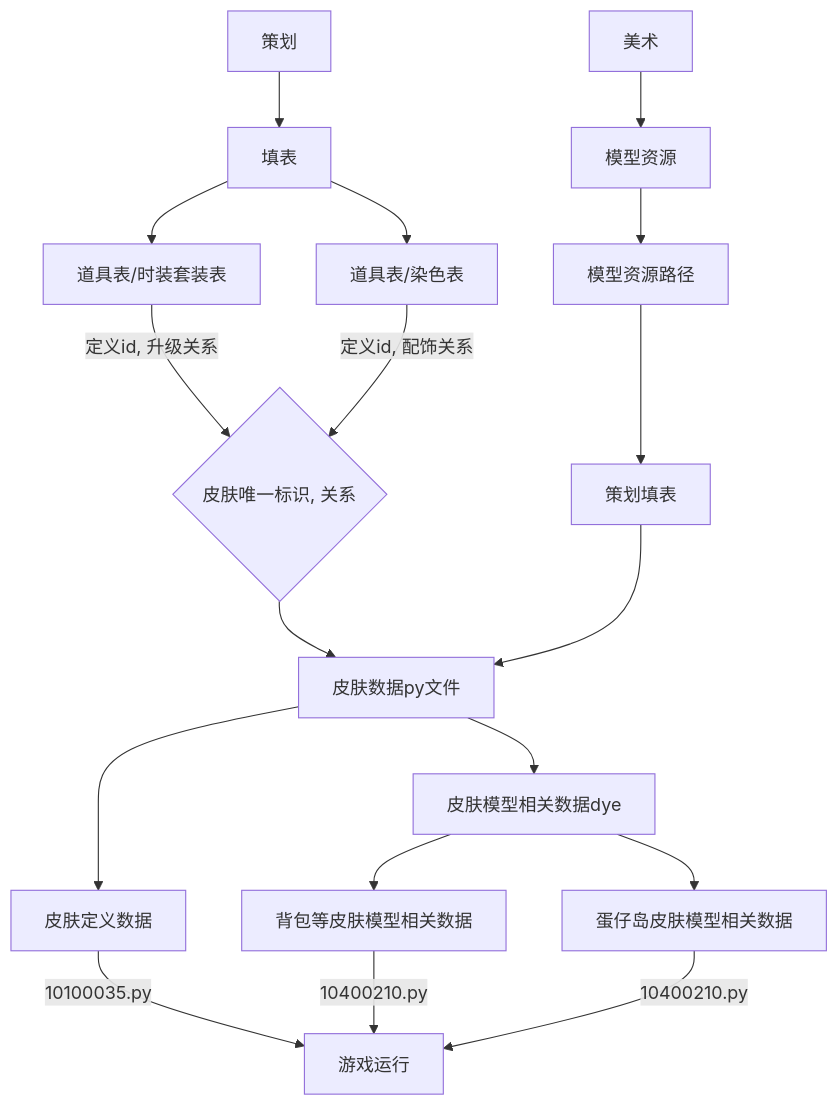
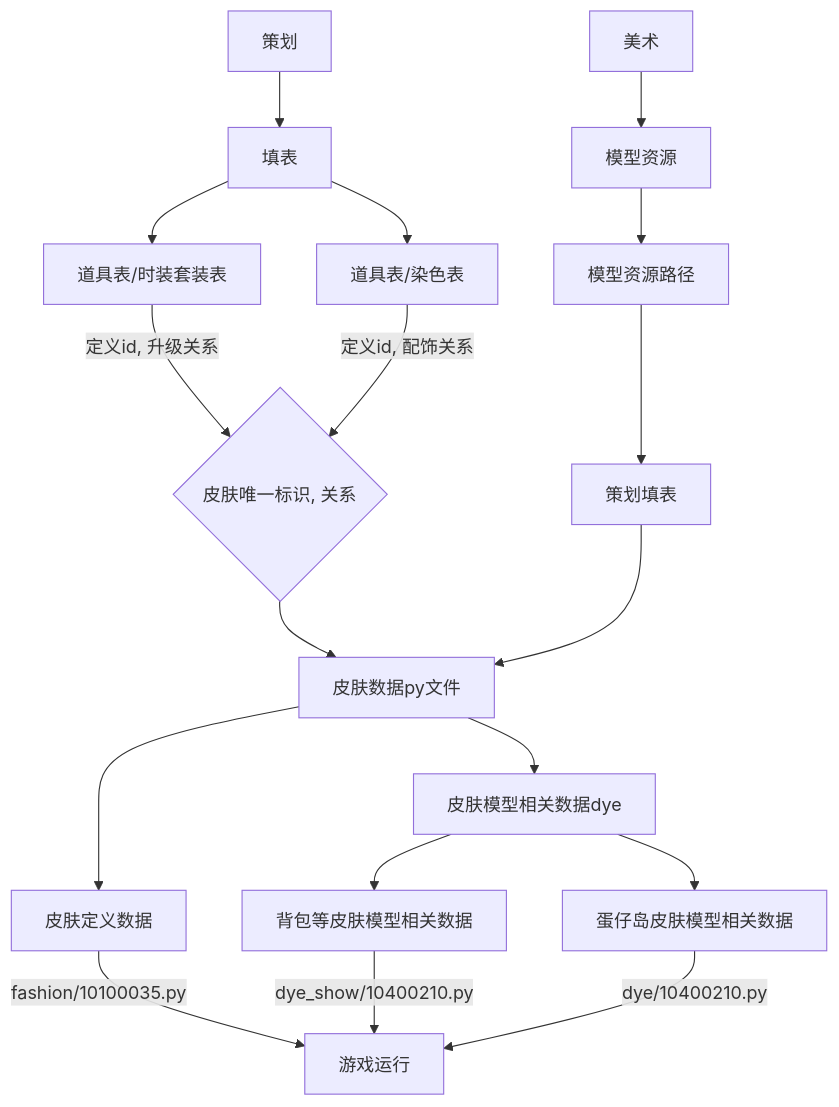
One commit to zhourongtu/NoteForLearn changed the diagram in 专业知识/工作相关/UI程序经验合集/皮肤相关/皮肤基本知识.md. Above: the diagram before and after it, drawn with Mermaid. The commit also changed other lines of this file and 35 other files, not shown here.

````diff
--- a/专业知识/工作相关/UI程序经验合集/皮肤相关/皮肤基本知识.md
+++ b/专业知识/工作相关/UI程序经验合集/皮肤相关/皮肤基本知识.md
@@ -84,10 +94,10 @@
   
   
 
-FASHION_PY_DATA --10100035.py--> GAME
+FASHION_PY_DATA --fashion/10100035.py--> GAME
 
-HIGH_DYE_PY_DATA --10400210.py--> GAME
+HIGH_DYE_PY_DATA --dye_show/10400210.py--> GAME
 
-LOW_DYE_PY_DATA --10400210.py--> GAME
+LOW_DYE_PY_DATA --dye/10400210.py--> GAME
 
 ```
````
